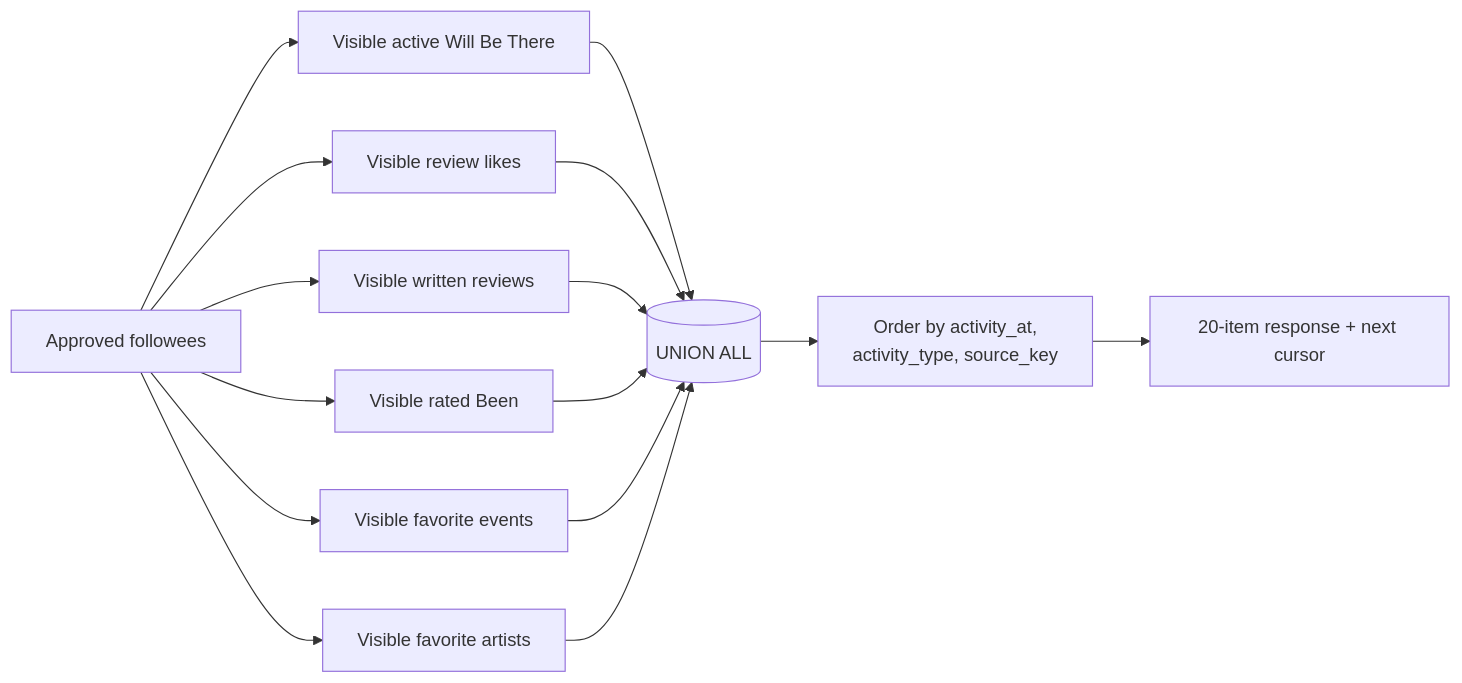
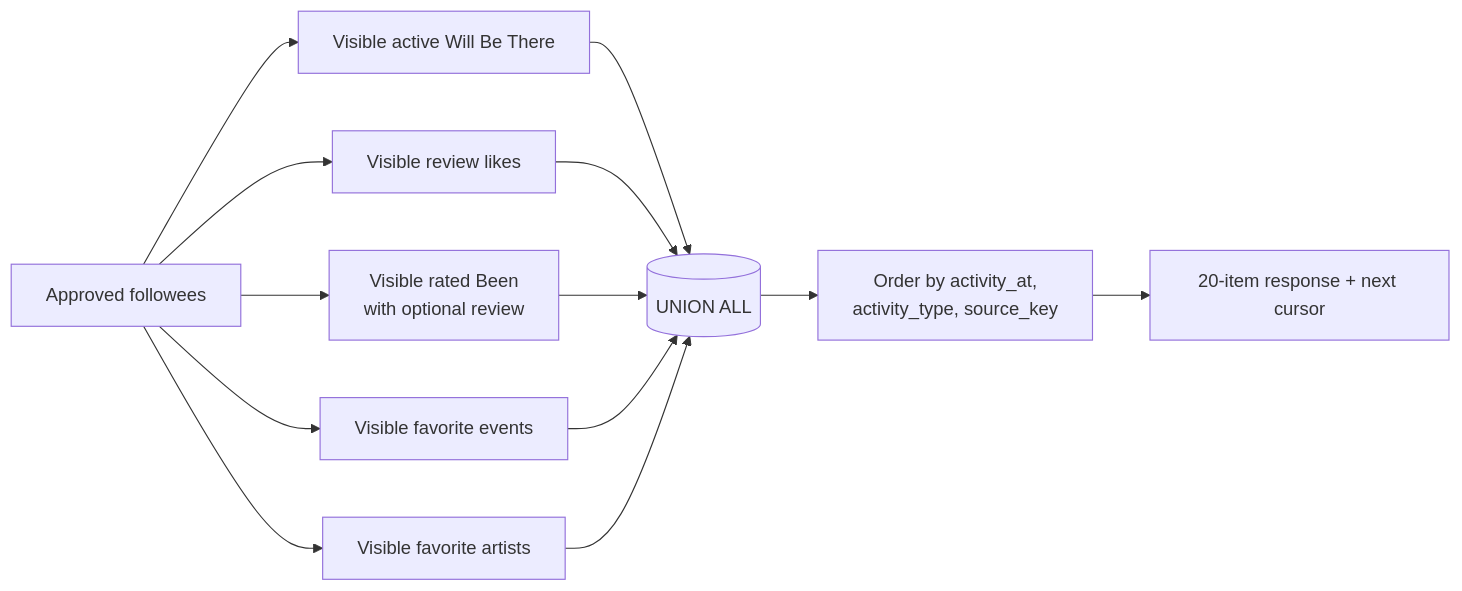
The sixth of 6 diagrams in docs/APPLICATION_DATA.md (tanbaydar/onda), drawn with Mermaid before and after one commit. The commit also changed other lines of this file and 13 other files, not shown here.

````diff
--- a/docs/APPLICATION_DATA.md
+++ b/docs/APPLICATION_DATA.md
@@ -147,18 +147,16 @@
 ```mermaid
 flowchart LR
     Follows[Approved followees] --> WBT[Visible active Will Be There]
     Follows --> Likes[Visible review likes]
-    Follows --> Reviews[Visible written reviews]
-    Follows --> Ratings[Visible rated Been]
+    Follows --> Ratings[Visible rated Been<br/>with optional review]
     Follows --> FavEvent[Visible favorite events]
     Follows --> FavArtist[Visible favorite artists]
 
     WBT --> Union[(UNION ALL)]
     Likes --> Union
-    Reviews --> Union
     Ratings --> Union
     FavEvent --> Union
     FavArtist --> Union
     Union --> Cursor[Order by activity_at,<br/>activity_type, source_key]
     Cursor --> Page[20-item response + next cursor]
 ```
````
